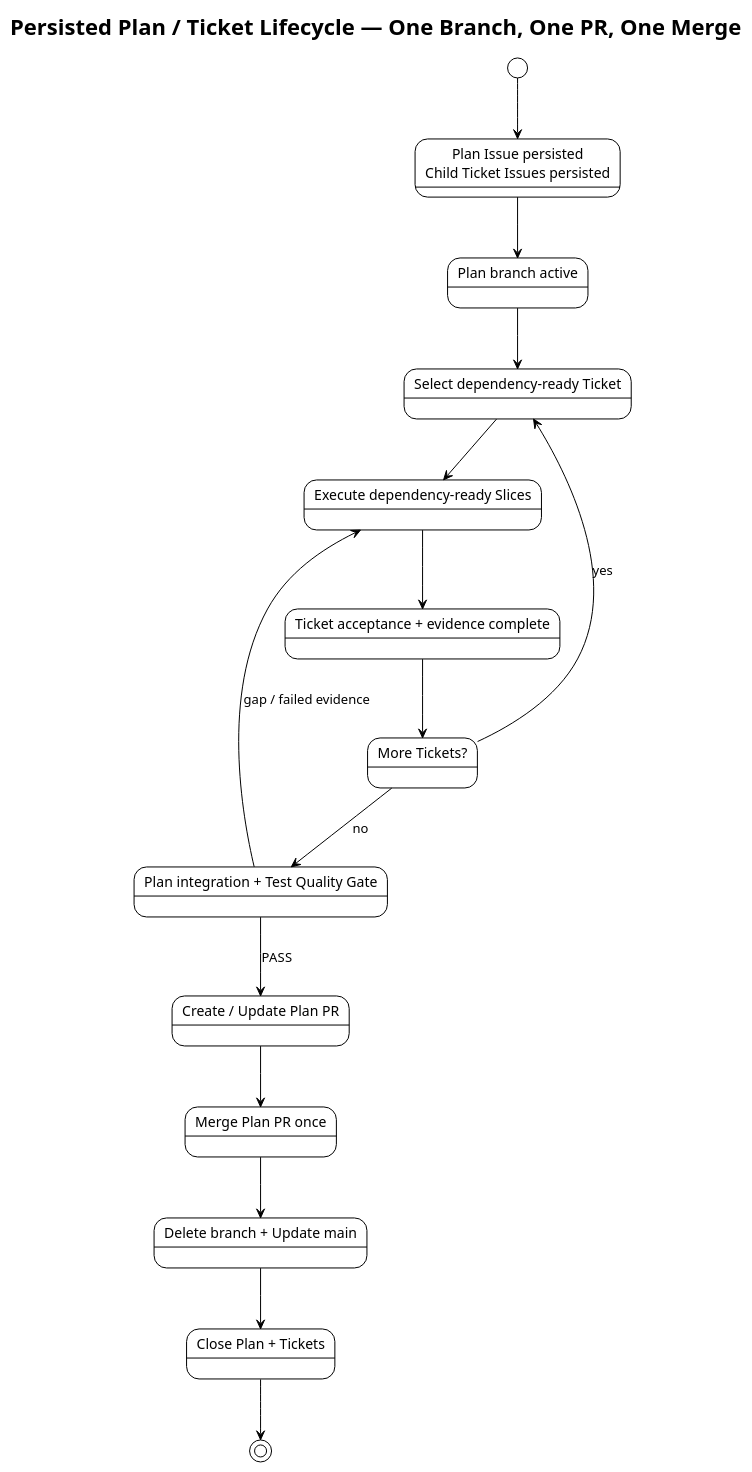
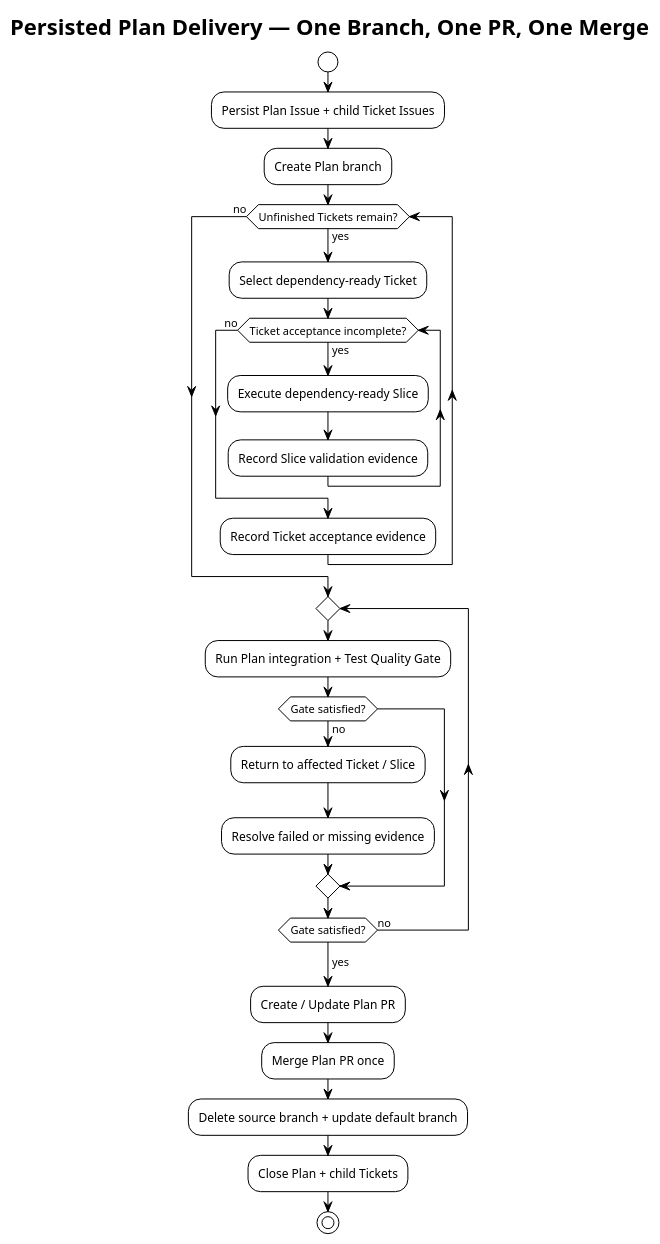
The diagram in docs/diagrams/ticket-lifecycle.puml (i-zrhe2016/codex-development-workflow), drawn with PlantUML before and after one commit. The commit also changed 8 other files, not shown here.

Commit message:
docs(diagrams): normalize PlantUML views

```diff
--- a/docs/diagrams/ticket-lifecycle.puml
+++ b/docs/diagrams/ticket-lifecycle.puml
@@ -1,35 +1,35 @@
 @startuml
 !theme plain
-top to bottom direction
 skinparam shadowing false
 skinparam defaultFontName Arial
 
-title Persisted Plan / Ticket Lifecycle — One Branch, One PR, One Merge
+title Persisted Plan Delivery — One Branch, One PR, One Merge
 
-state "Plan Issue persisted\nChild Ticket Issues persisted" as persisted
-state "Plan branch active" as branch
-state "Select dependency-ready Ticket" as select
-state "Execute dependency-ready Slices" as slices
-state "Ticket acceptance + evidence complete" as accepted
-state "More Tickets?" as more
-state "Plan integration + Test Quality Gate" as gate
-state "Create / Update Plan PR" as publish
-state "Merge Plan PR once" as merge
-state "Delete branch + Update main" as cleanup
-state "Close Plan + Tickets" as done
+start
+:Persist Plan Issue + child Ticket Issues;
+:Create Plan branch;
 
-[*] --> persisted
-persisted --> branch
-branch --> select
-select --> slices
-slices --> accepted
-accepted --> more
-more --> select : yes
-more --> gate : no
-gate --> slices : gap / failed evidence
-gate --> publish : PASS
-publish --> merge
-merge --> cleanup
-cleanup --> done
-done --> [*]
+while (Unfinished Tickets remain?) is (yes)
+  :Select dependency-ready Ticket;
+  while (Ticket acceptance incomplete?) is (yes)
+    :Execute dependency-ready Slice;
+    :Record Slice validation evidence;
+  endwhile (no)
+  :Record Ticket acceptance evidence;
+endwhile (no)
+
+repeat
+  :Run Plan integration + Test Quality Gate;
+  if (Gate satisfied?) then (no)
+    :Return to affected Ticket / Slice;
+    :Resolve failed or missing evidence;
+  endif
+repeat while (Gate satisfied?) is (no)
+->yes;
+
+:Create / Update Plan PR;
+:Merge Plan PR once;
+:Delete source branch + update default branch;
+:Close Plan + child Tickets;
+stop
 @enduml
```
